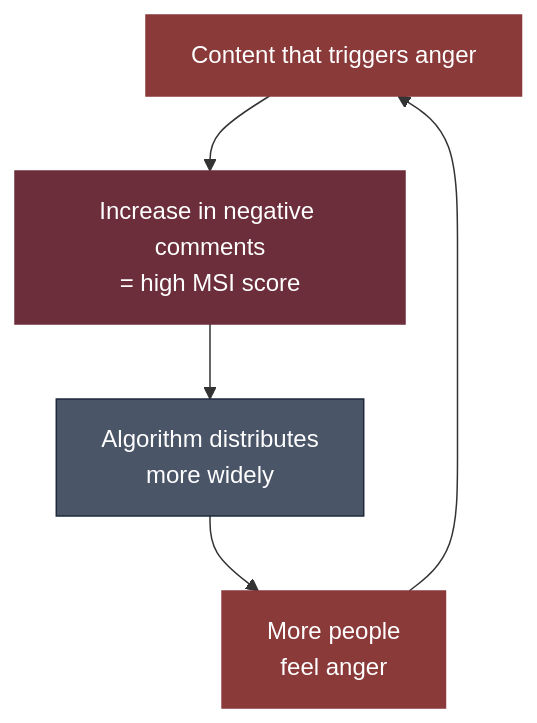
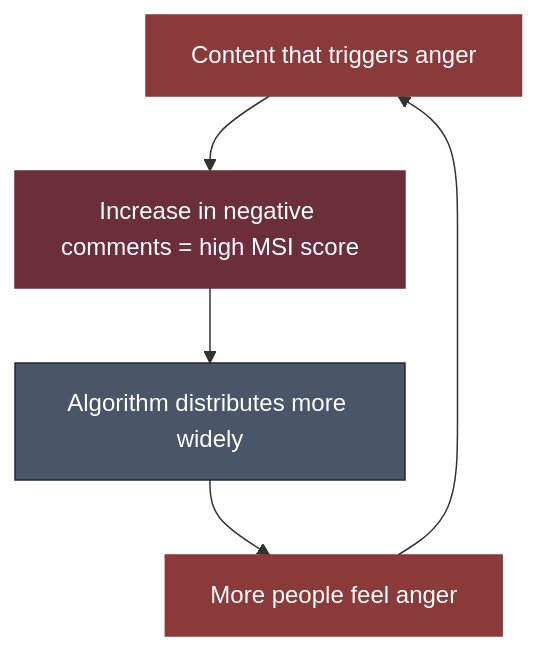
Before and after one commit to Leading-AI-IO/the-attention-economy-is-over: the fourth of 5 diagrams in docs/en/the-attention-economy-is-over_EN.md, drawn with Mermaid. The commit also changed other lines of this file, not shown here.

````diff
--- a/docs/en/the-attention-economy-is-over_EN.md
+++ b/docs/en/the-attention-economy-is-over_EN.md
@@ -920,12 +920,12 @@
 ```mermaid
 graph TB
-    A[Content that triggers anger] --> B[Increase in negative comments\n= high MSI score]
-    B --> C[Algorithm distributes\nmore widely]
-    C --> D[More people\nfeel anger]
+    A[Content that triggers anger] --> B[Increase in negative comments = high MSI score]
+    B --> C[Algorithm distributes more widely]
+    C --> D[More people feel anger]
     D --> A
 
     style A fill:#8b3a3a,stroke:#8b3a3a,color:#fff
     style B fill:#6b2e3a,stroke:#6b2e3a,color:#fff
     style C fill:#4a5568,stroke:#1e2a3a,color:#fff
     style D fill:#8b3a3a,stroke:#8b3a3a,color:#fff
 ```
````
